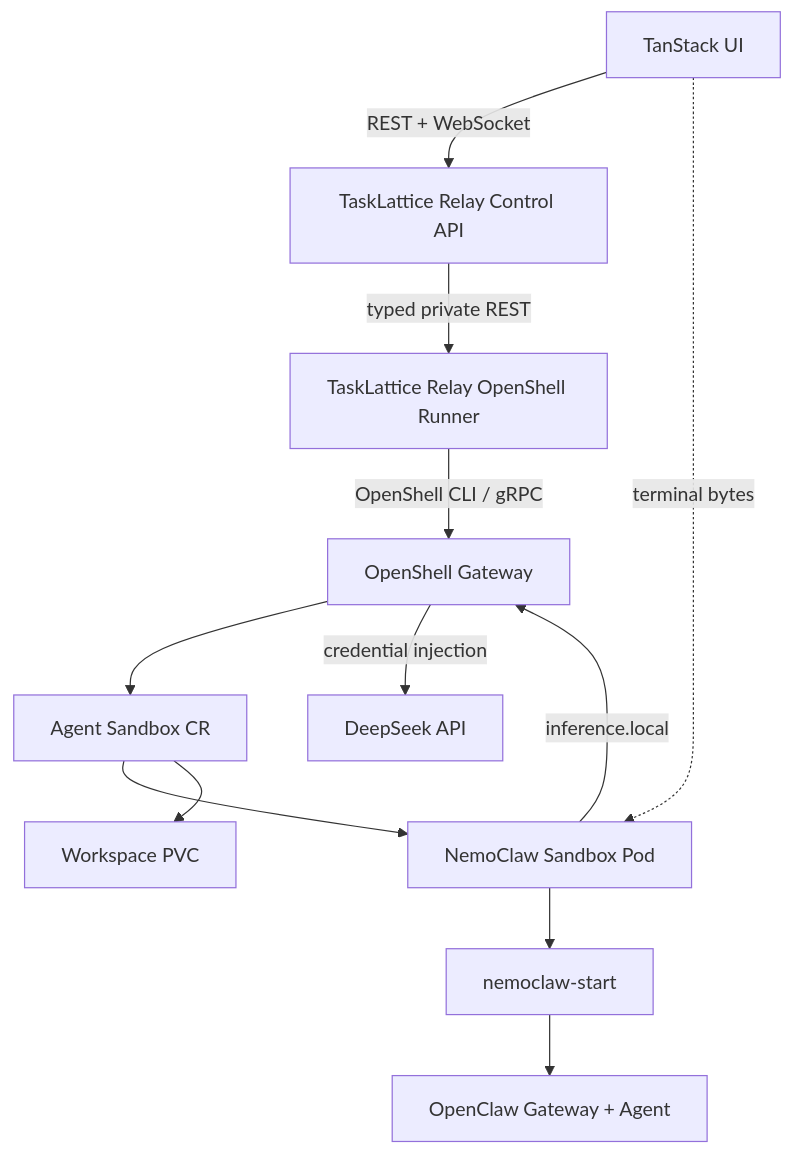
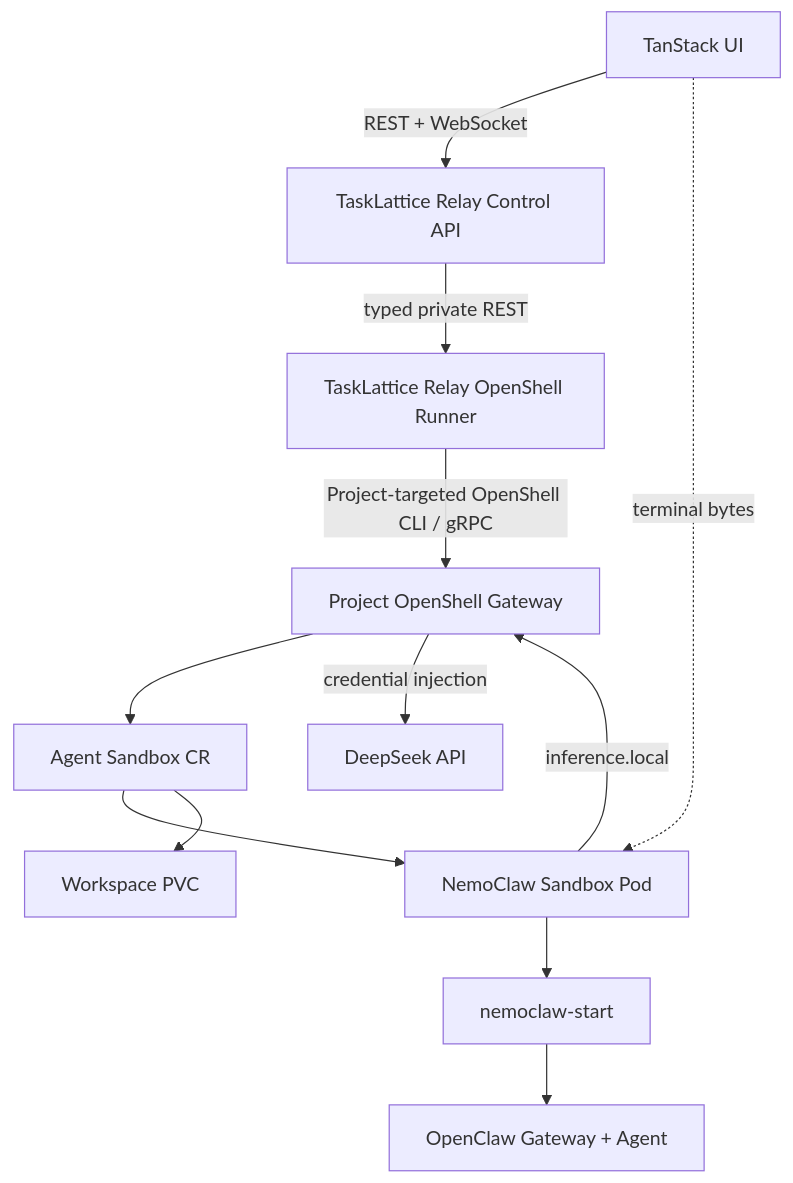
Before and after one commit to feng2009-hub/tasklattice-relay: the diagram in docs/openshell-kubernetes-runtime.md, drawn with Mermaid. The commit also changed other lines of this file and 55 other files, not shown here.

First line of the commit message:
feat: add project-scoped OpenShell runtime isolation

````diff
--- a/docs/openshell-kubernetes-runtime.md
+++ b/docs/openshell-kubernetes-runtime.md
@@ -30,14 +30,14 @@
 ```mermaid
 flowchart TD
     UI["TanStack UI"] -->|"REST + WebSocket"| API["TaskLattice Relay Control API"]
     API -->|"typed private REST"| RUNNER["TaskLattice Relay OpenShell Runner"]
-    RUNNER -->|"OpenShell CLI / gRPC"| GATEWAY["OpenShell Gateway"]
+    RUNNER -->|"Project-targeted OpenShell CLI / gRPC"| GATEWAY["Project OpenShell Gateway"]
     GATEWAY --> CR["Agent Sandbox CR"]
     CR --> POD["NemoClaw Sandbox Pod"]
     POD --> SUPERVISOR["nemoclaw-start"]
     SUPERVISOR --> AGENT["OpenClaw Gateway + Agent"]
     CR --> PVC["Workspace PVC"]
     POD -->|"inference.local"| GATEWAY
     GATEWAY -->|"credential injection"| DEEPSEEK["DeepSeek API"]
     UI -. "terminal bytes" .-> POD
 ```
````
